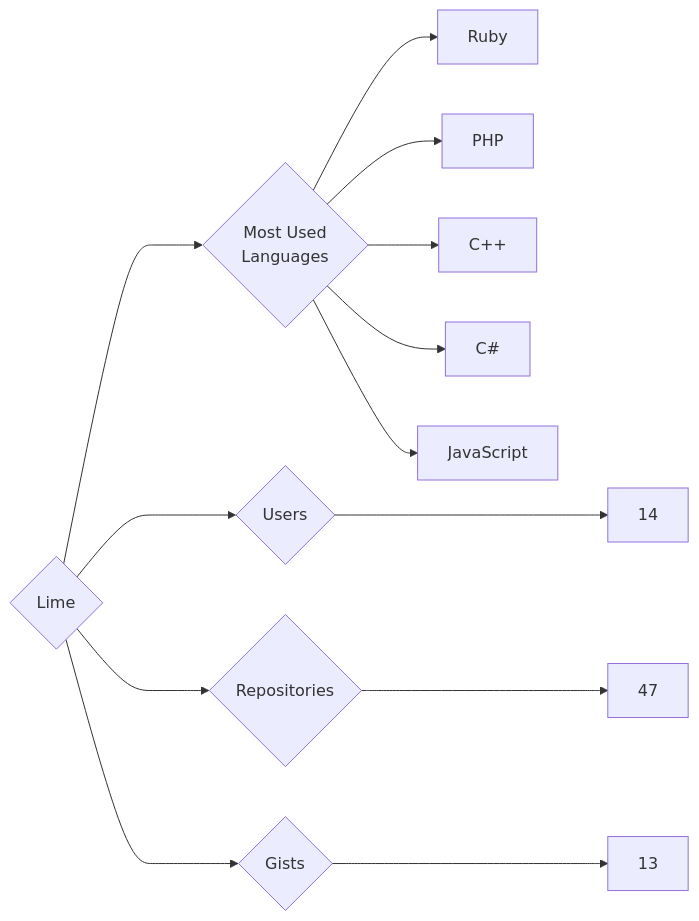
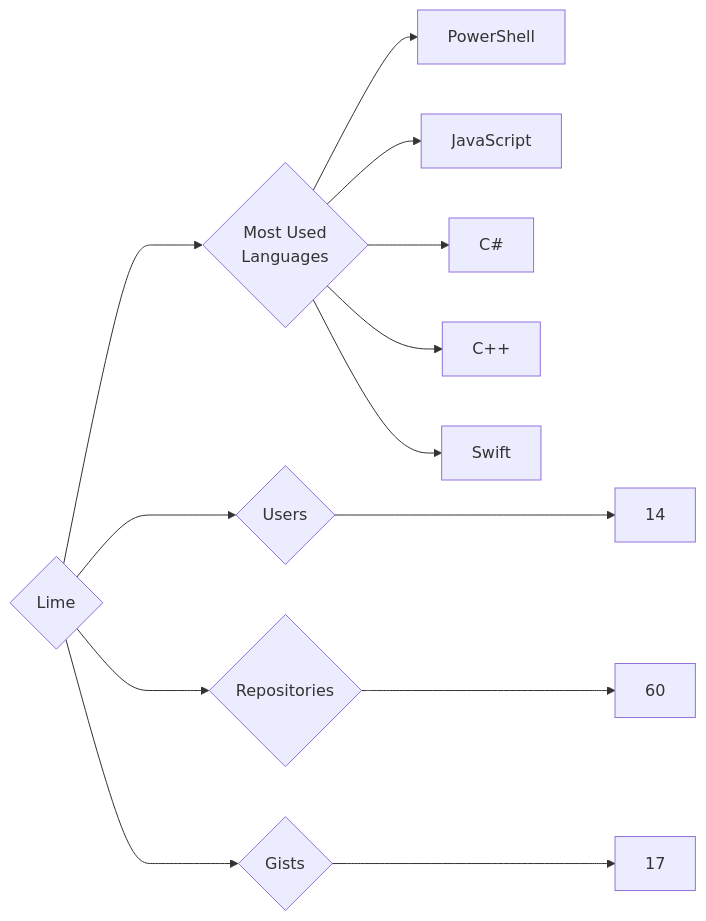
One commit to trickest/insiders changed the diagram in targets/Lime/README.md. Above: the diagram before and after it, drawn with Mermaid. The commit also changed 924 other files, not shown here.

````diff
--- a/targets/Lime/README.md
+++ b/targets/Lime/README.md
@@ -3,13 +3,13 @@
 ```mermaid
 graph LR
 COMPANY_NAME{Lime}
 COMPANY_NAME ---> U{Users} ---> UN[14]
-COMPANY_NAME ---> R{Repositories} ---> RN[47]
-COMPANY_NAME ---> G{Gists} ---> GN[13]
+COMPANY_NAME ---> R{Repositories} ---> RN[60]
+COMPANY_NAME ---> G{Gists} ---> GN[17]
 COMPANY_NAME ---> ML{Most Used<br>Languages}
-ML --> Ruby[Ruby]
-ML --> PHP[PHP]
+ML --> PowerShell[PowerShell]
+ML --> JavaScript[JavaScript]
+ML --> C#[C#]
 ML --> C++[C++]
-ML --> C#[C#]
-ML --> JavaScript[JavaScript]
+ML --> Swift[Swift]
 ```
````
